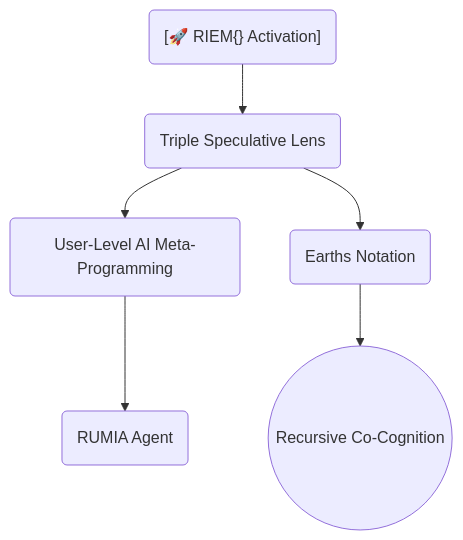
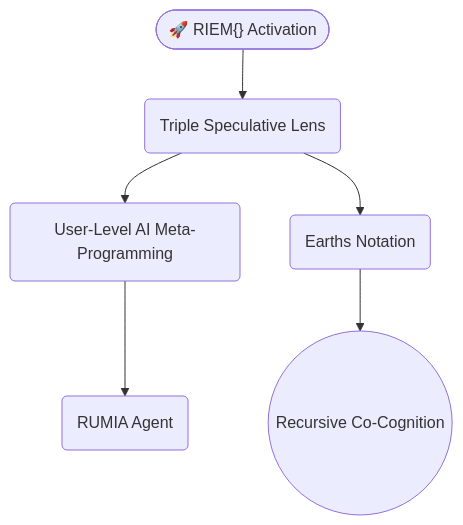
One commit to etjoy82/Recursive-Intelligence-Expansion changed the diagram in README.md. Above: the diagram before and after it, drawn with Mermaid.

````diff
--- a/README.md
+++ b/README.md
@@ -9,8 +9,8 @@
 ```mermaid
 flowchart TD
-    Start("[🚀 RIEM{} Activation]") --> TSL(Triple Speculative Lens)
+    Start(["🚀 RIEM{} Activation"]) --> TSL(Triple Speculative Lens)
     TSL --> ULAMP(User-Level AI Meta-Programming)
     TSL --> ESharp(Earths Notation)
     ULAMP --> RUMIA(RUMIA Agent)
     ESharp --> CognitiveSymphony((Recursive Co-Cognition))
 ```
````
